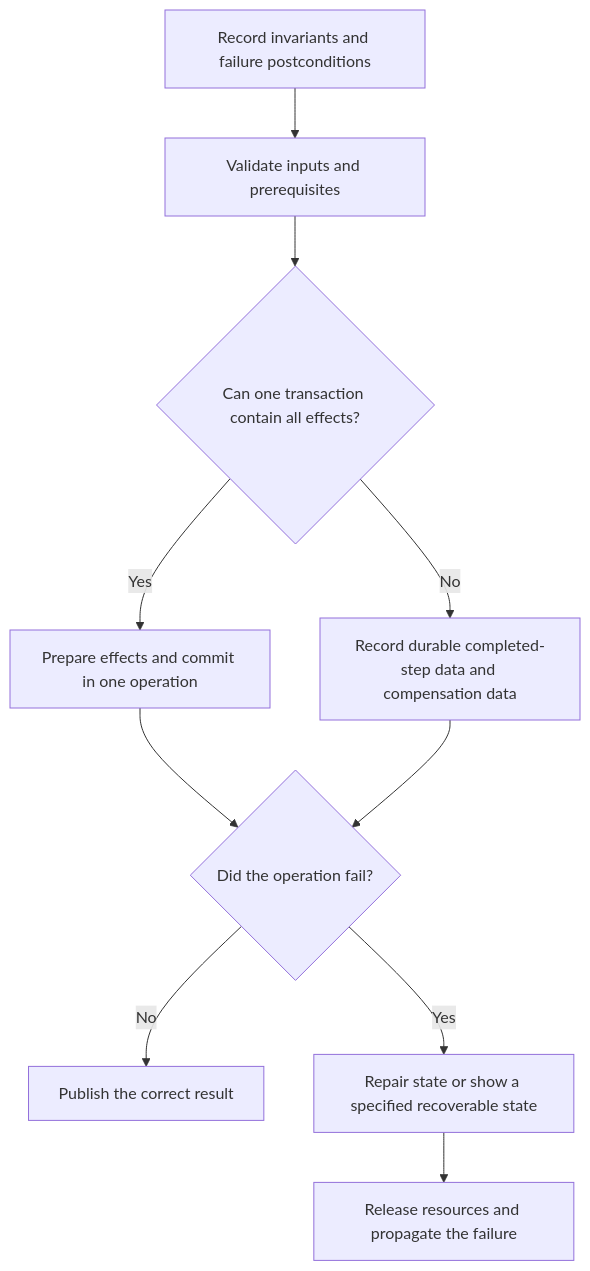
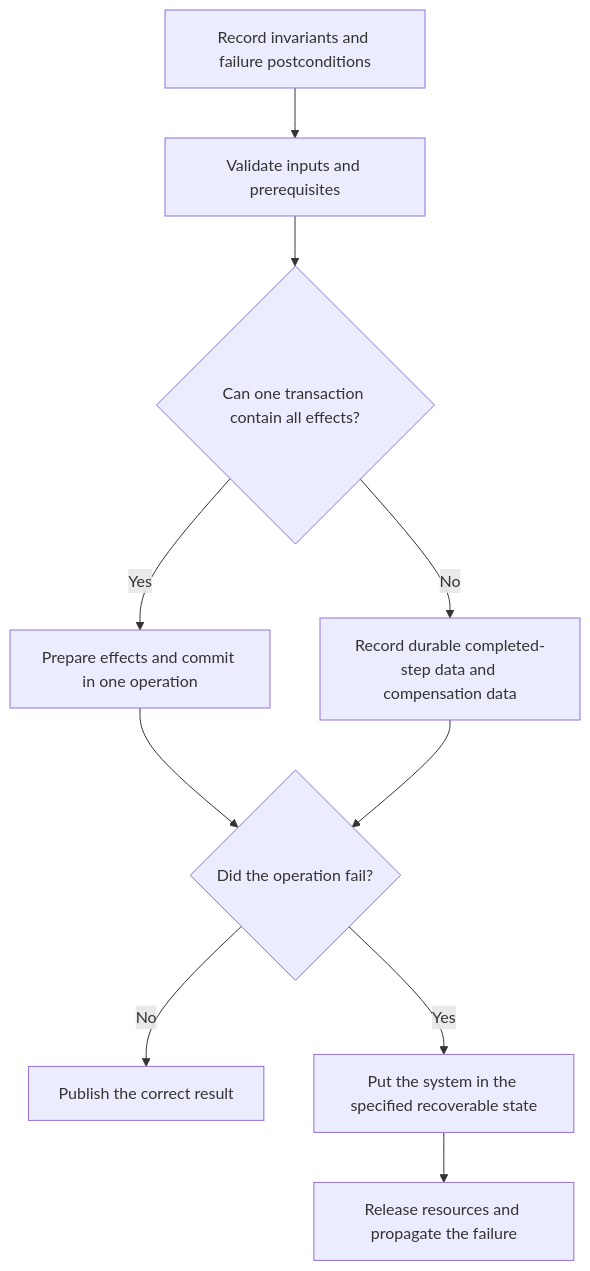
The diagram in docs/principles/details/p033-state-safe-failure-semantics.md (HomericIntelligence/Athena), drawn with Mermaid before and after one commit. The commit also changed 53 other files, not shown here.

````diff
--- a/docs/principles/details/p033-state-safe-failure-semantics.md
+++ b/docs/principles/details/p033-state-safe-failure-semantics.md
@@ -39,12 +39,12 @@
 ```mermaid
 flowchart TD
     A["Record invariants and failure postconditions"] --> B["Validate inputs and prerequisites"]
     B --> C{"Can one transaction contain all effects?"}
     C -- "Yes" --> D["Prepare effects and commit in one operation"]
     C -- "No" --> E["Record durable completed-step data and compensation data"]
     D --> F{"Did the operation fail?"}
     E --> F
     F -- "No" --> G["Publish the correct result"]
-    F -- "Yes" --> H["Repair state or show a specified recoverable state"]
+    F -- "Yes" --> H["Put the system in the specified recoverable state"]
     H --> I["Release resources and propagate the failure"]
 ```
````
